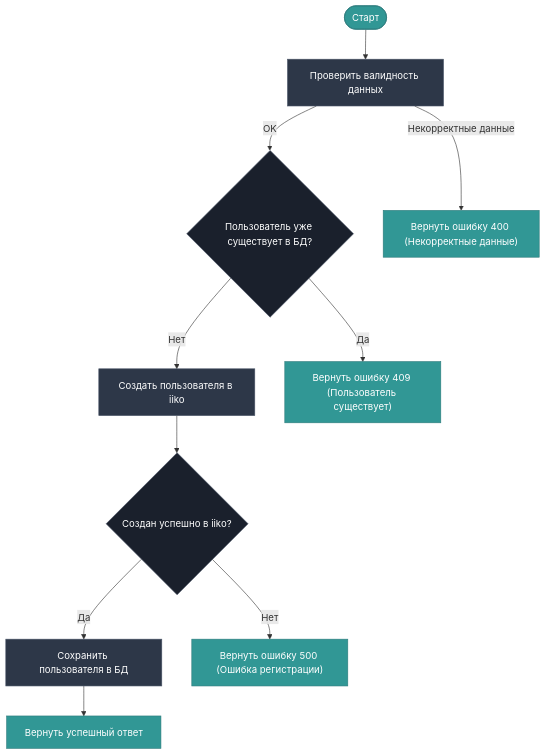
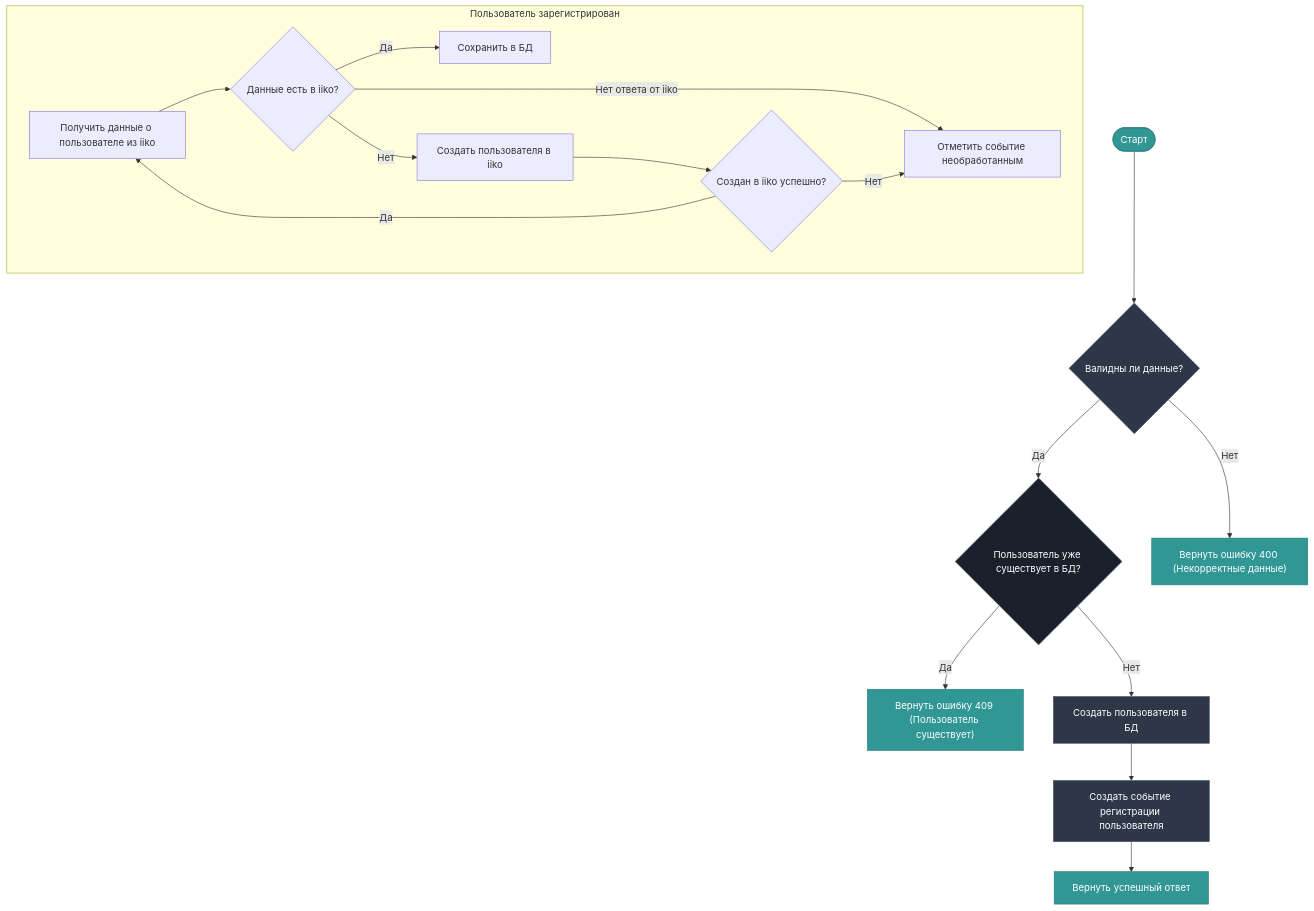
Before and after one commit to UserVanya/Iikocloud-manager: the diagram in docs/user_register_flow.md, drawn with Mermaid. The commit also changed 2 other files, not shown here.

Commit message:
Add IikoCloudApiClientManager documentation, detailing architecture, request flow, token management, and rate limiting strategies. Include initialization and error handling processes, along with usage examples for improved clarity and usability.

````diff
--- a/docs/user_register_flow.md
+++ b/docs/user_register_flow.md
@@ -11,34 +11,45 @@
 ```mermaid
 flowchart TD
     START(["Старт"])
-    VALIDATE["Проверить валидность данных"]
+    VALIDATE{"Валидны ли данные?"}
     EXISTS_IN_DB{"Пользователь уже существует в БД?"}
-    CREATE_IIKO["Создать пользователя в iiko"]
-    IIKO_SUCCESS{"Создан успешно в iiko?"}
-    SAVE_DB["Сохранить пользователя в БД"]
     RETURN_SUCCESS["Вернуть успешный ответ"]
     RETURN_CONFLICT["Вернуть ошибку 409 (Пользователь существует)"]
     RETURN_BAD_DATA["Вернуть ошибку 400 (Некорректные данные)"]
-    RETURN_FAILED["Вернуть ошибку 500 (Ошибка регистрации)"]
-
+    CREATE_USER_IN_DB["Создать пользователя в БД"]
+    PLACE_EVENT_USER_REGISTERED["Создать событие регистрации пользователя"]
     START --> VALIDATE
-    VALIDATE -- "OK" --> EXISTS_IN_DB
-    VALIDATE -- "Некорректные данные" --> RETURN_BAD_DATA
+    VALIDATE -- "Да" --> EXISTS_IN_DB
+    VALIDATE -- "Нет" --> RETURN_BAD_DATA
 
     EXISTS_IN_DB -- "Да" --> RETURN_CONFLICT
-    EXISTS_IN_DB -- "Нет" --> CREATE_IIKO
+    EXISTS_IN_DB -- "Нет" --> CREATE_USER_IN_DB
 
-    CREATE_IIKO --> IIKO_SUCCESS
-    IIKO_SUCCESS -- "Да" --> SAVE_DB
-    IIKO_SUCCESS -- "Нет" --> RETURN_FAILED
+    CREATE_USER_IN_DB --> PLACE_EVENT_USER_REGISTERED --> RETURN_SUCCESS
 
-    SAVE_DB --> RETURN_SUCCESS
+    subgraph SUBPROCESS ["Пользователь зарегистрирован"]
+        GET_FROM_IIKO["Получить данные о пользователе из iiko"]
+        SAVE_IN_IIKO["Сохранить в БД"]
+        CREATE_IN_IIKO["Создать пользователя в iiko"]
+        EXISTS_IN_IIKO{"Данные есть в iiko?"}
+        SAVE_EVENT_NOT_HANDLED["Отметить событие необработанным"]
+        GET_FROM_IIKO --> EXISTS_IN_IIKO
+        EXISTS_IN_IIKO -- "Да" --> SAVE_IN_IIKO
+        EXISTS_IN_IIKO -- "Нет" --> CREATE_IN_IIKO
+        EXISTS_IN_IIKO -- "Нет ответа от iiko" --> SAVE_EVENT_NOT_HANDLED
+        CREATE_IN_IIKO --> CREATE_IN_IIKO_SUCCESS
+        
+        CREATE_IN_IIKO_SUCCESS{Создан в iiko успешно?}
+        CREATE_IN_IIKO_SUCCESS -- "Да" --> GET_FROM_IIKO
+        CREATE_IN_IIKO_SUCCESS -- "Нет" --> SAVE_EVENT_NOT_HANDLED
+
+    end
 
     %% Стили
     classDef process fill:#2d3748,stroke:#4a5568,color:#fff;
     classDef decision fill:#1a202c,stroke:#4a5568,color:#fff;
     classDef terminator fill:#319795,stroke:#2c7a7b,color:#fff;
     class START,RETURN_SUCCESS,RETURN_CONFLICT,RETURN_BAD_DATA,RETURN_FAILED terminator;
-    class VALIDATE,CREATE_IIKO,SAVE_DB process;
+    class VALIDATE,CREATE_IIKO,SAVE_DB,CREATE_USER_IN_DB,PLACE_EVENT_USER_REGISTERED process;
     class EXISTS_IN_DB,IIKO_SUCCESS decision;
 ```
````
